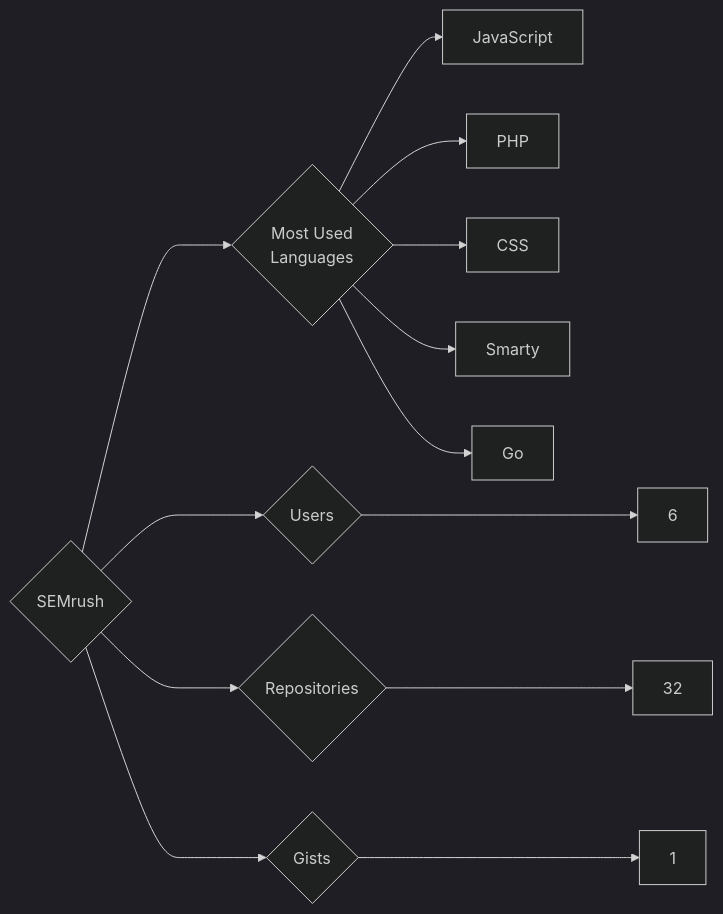
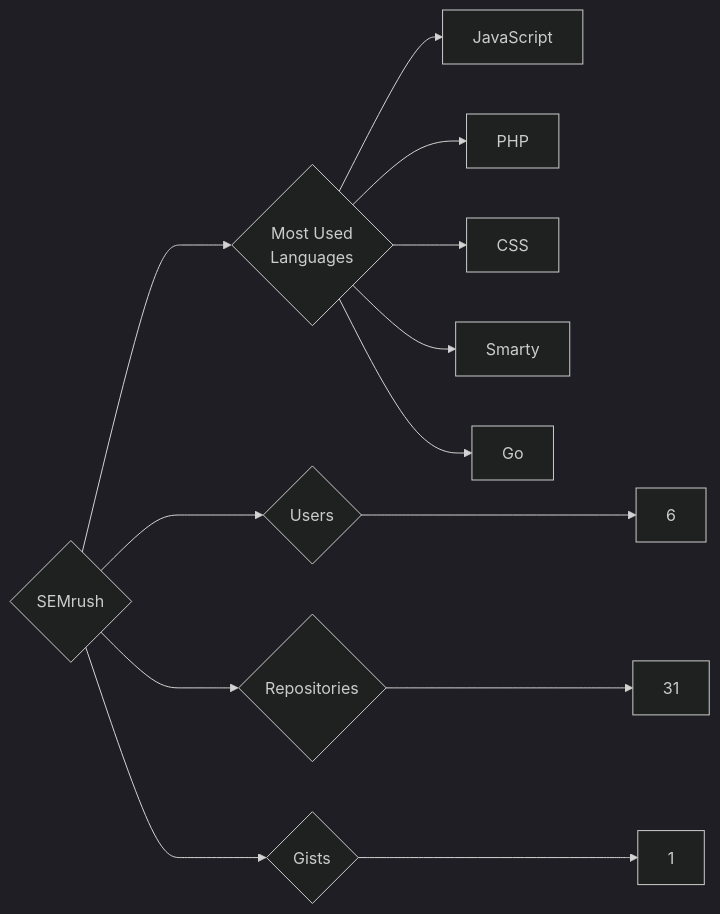
One commit to trickest/insiders changed the diagram in targets/SEMrush/README.md. Above: the diagram before and after it, drawn with Mermaid (dark theme). The commit also changed 928 other files, not shown here.

````diff
--- a/targets/SEMrush/README.md
+++ b/targets/SEMrush/README.md
@@ -3,13 +3,13 @@
 ```mermaid
 graph LR
 COMPANY_NAME{SEMrush}
 COMPANY_NAME ---> U{Users} ---> UN[6]
-COMPANY_NAME ---> R{Repositories} ---> RN[32]
+COMPANY_NAME ---> R{Repositories} ---> RN[31]
 COMPANY_NAME ---> G{Gists} ---> GN[1]
 COMPANY_NAME ---> ML{Most Used<br>Languages}
 ML --> JavaScript[JavaScript]
 ML --> PHP[PHP]
 ML --> CSS[CSS]
 ML --> Smarty[Smarty]
 ML --> Go[Go]
 ```
````
